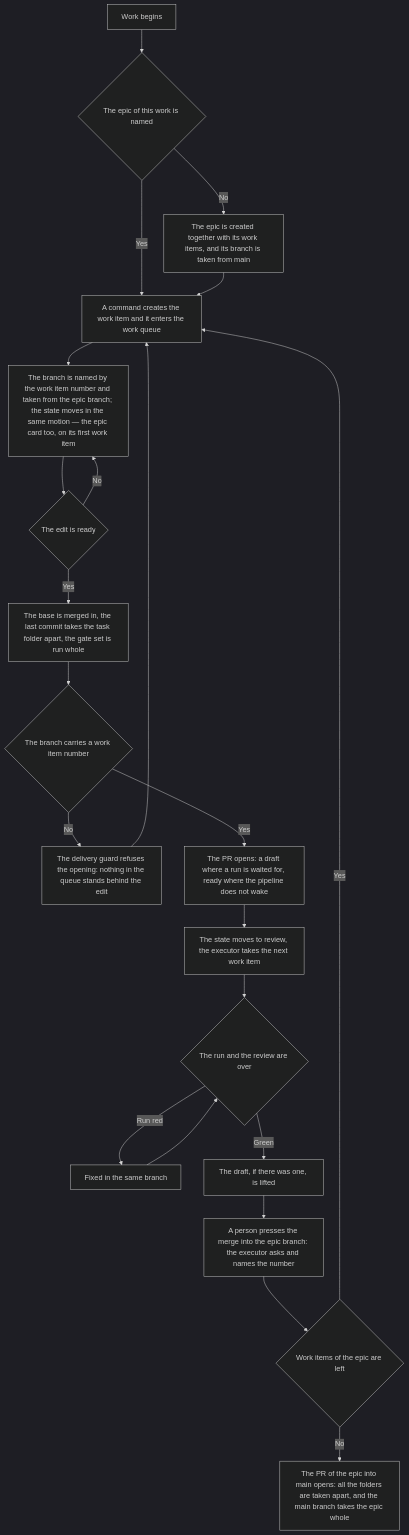
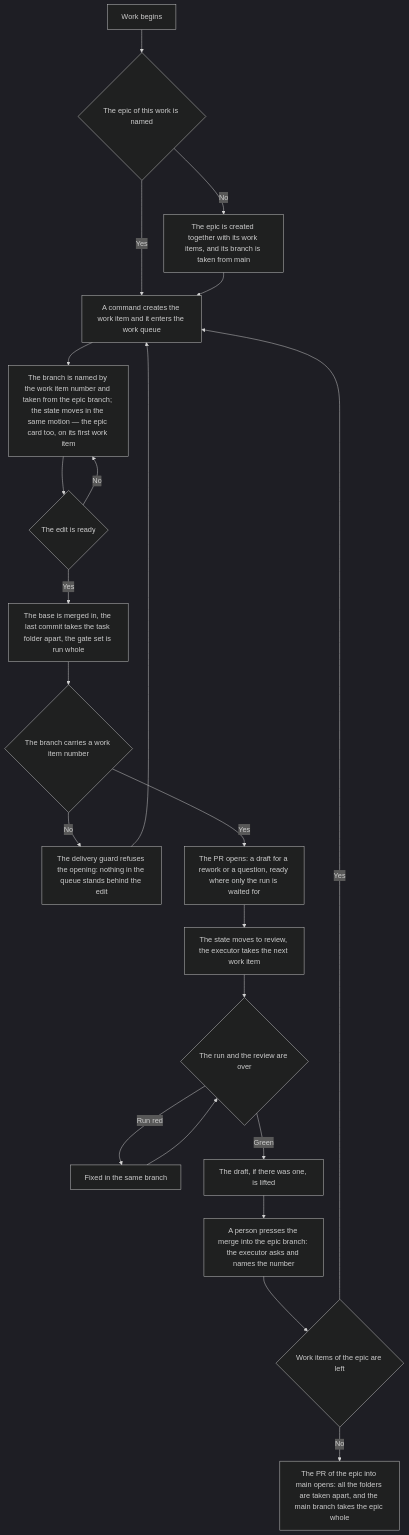
Before and after one commit to Eyhenij/rt-tools: the diagram in projects/agent-kit/assets/rules/git-workflow.azure.md, drawn with Mermaid (dark theme). The commit also changed other lines of this file and 13 other files, not shown here.

````diff
--- a/projects/agent-kit/assets/rules/git-workflow.azure.md
+++ b/projects/agent-kit/assets/rules/git-workflow.azure.md
@@ -46,24 +46,24 @@
 ```mermaid
 flowchart TD
     A[Work begins] --> Z{The epic of this work is named}
     Z -->|No| Y[The epic is created together with its work items, and its branch is taken from main]
     Z -->|Yes| B[A command creates the work item and it enters the work queue]
     Y --> B
     B --> C[The branch is named by the work item number and taken from the epic branch; the state moves in the same motion — the epic card too, on its first work item]
     C --> D{The edit is ready}
     D -->|No| C
     D -->|Yes| E[The base is merged in, the last commit takes the task folder apart, the gate set is run whole]
     E --> F{The branch carries a work item number}
     F -->|No| G[The delivery guard refuses the opening: nothing in the queue stands behind the edit]
-    F -->|Yes| H[The PR opens: a draft where a run is waited for, ready where the pipeline does not wake]
+    F -->|Yes| H[The PR opens: a draft for a rework or a question, ready where only the run is waited for]
     H --> I[The state moves to review, the executor takes the next work item]
     I --> J{The run and the review are over}
     J -->|Run red| K[Fixed in the same branch]
     K --> J
     J -->|Green| L[The draft, if there was one, is lifted]
     L --> M[A person presses the merge into the epic branch: the executor asks and names the number]
     M --> N{Work items of the epic are left}
     N -->|Yes| B
     N -->|No| O[The PR of the epic into main opens: all the folders are taken apart, and the main branch takes the epic whole]
     G --> B
 ```
````
